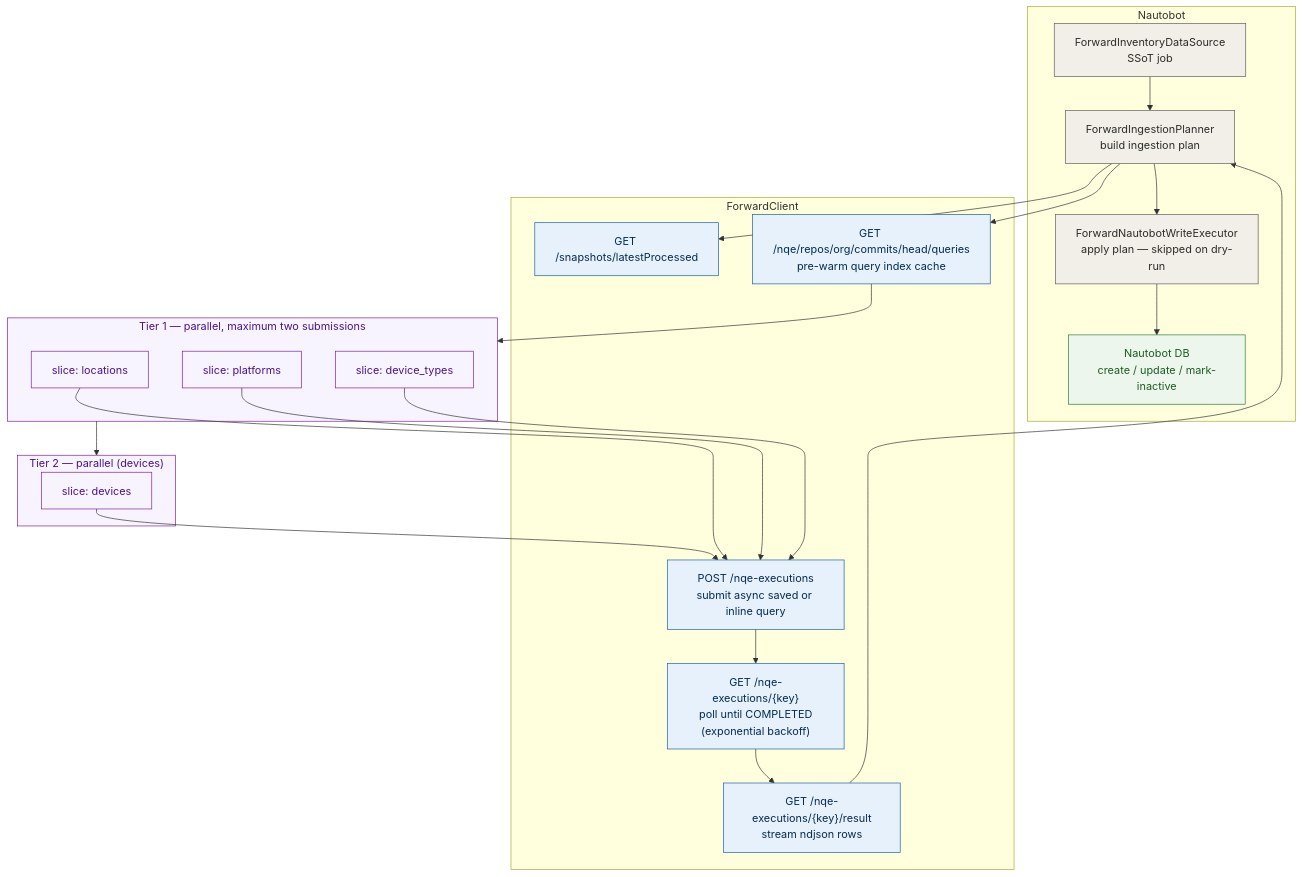
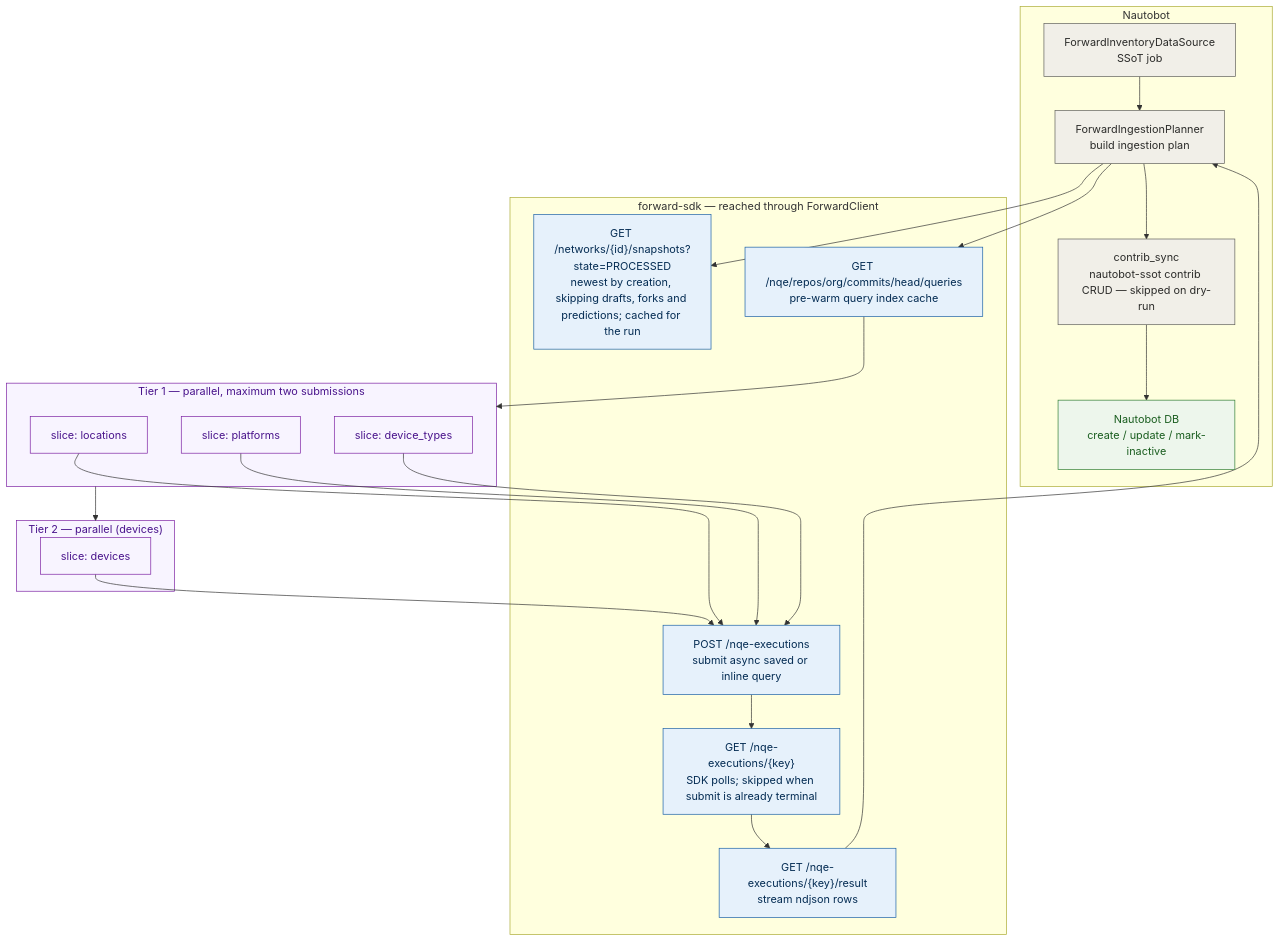
The second of 5 diagrams in docs/architecture-flow.md (forwardnetworks/nautobot-app-ssot-forward), drawn with Mermaid before and after one commit. The commit also changed other lines of this file and 54 other files, not shown here.

````diff
--- a/docs/architecture-flow.md
+++ b/docs/architecture-flow.md
@@ -62,50 +62,50 @@
 ```mermaid
 flowchart TB
     subgraph nautobot["Nautobot"]
         job["ForwardInventoryDataSource\nSSoT job"]
         planner["ForwardIngestionPlanner\nbuild ingestion plan"]
-        executor["ForwardNautobotWriteExecutor\napply plan — skipped on dry-run"]
+        executor["contrib_sync\nnautobot-ssot contrib CRUD — skipped on dry-run"]
         db["Nautobot DB\ncreate / update / mark-inactive"]
     end
 
-    subgraph client["ForwardClient"]
-        resolve_snap["GET /snapshots/latestProcessed"]
+    subgraph client["forward-sdk — reached through ForwardClient"]
+        resolve_snap["GET /networks/{id}/snapshots?state=PROCESSED\nnewest by creation, skipping drafts, forks and predictions; cached for the run"]
         prewarm["GET /nqe/repos/org/commits/head/queries\npre-warm query index cache"]
         submit["POST /nqe-executions\nsubmit async saved or inline query"]
-        poll["GET /nqe-executions/{key}\npoll until COMPLETED\n(exponential backoff)"]
+        poll["GET /nqe-executions/{key}\nSDK polls; skipped when submit is already terminal"]
         result["GET /nqe-executions/{key}/result\nstream ndjson rows"]
     end
 
     job --> planner
     planner --> resolve_snap
     planner --> prewarm
 
     subgraph tier1["Tier 1 — parallel, maximum two submissions"]
         t1a["slice: locations"]
         t1b["slice: platforms"]
         t1c["slice: device_types"]
     end
 
     subgraph tier2["Tier 2 — parallel (devices)"]
         t2["slice: devices"]
     end
 
     prewarm --> tier1
     tier1 --> tier2
     t1a & t1b & t1c & t2 --> submit
     submit --> poll --> result
 
     result --> planner
     planner --> executor
     executor --> db
 
     classDef neutral fill:#F1EFE8,stroke:#5F5E5A,color:#2C2C2A;
     classDef fwdnode fill:#E6F1FB,stroke:#185FA5,color:#042C53;
     classDef nbnode fill:#EDF6EC,stroke:#2E7D32,color:#1B5E20;
     classDef tier fill:#F8F4FF,stroke:#7B1FA2,color:#4A148C;
 
     class job,planner,executor neutral;
     class resolve_snap,prewarm,submit,poll,result fwdnode;
     class db nbnode;
     class t1a,t1b,t1c,t2,tier1,tier2 tier;
 ```
````
